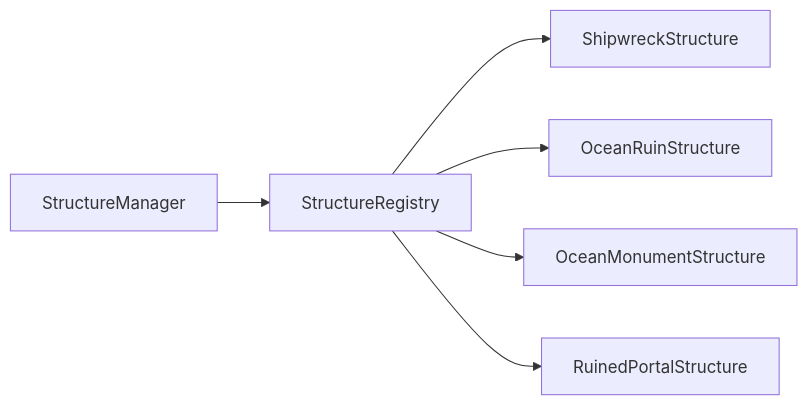
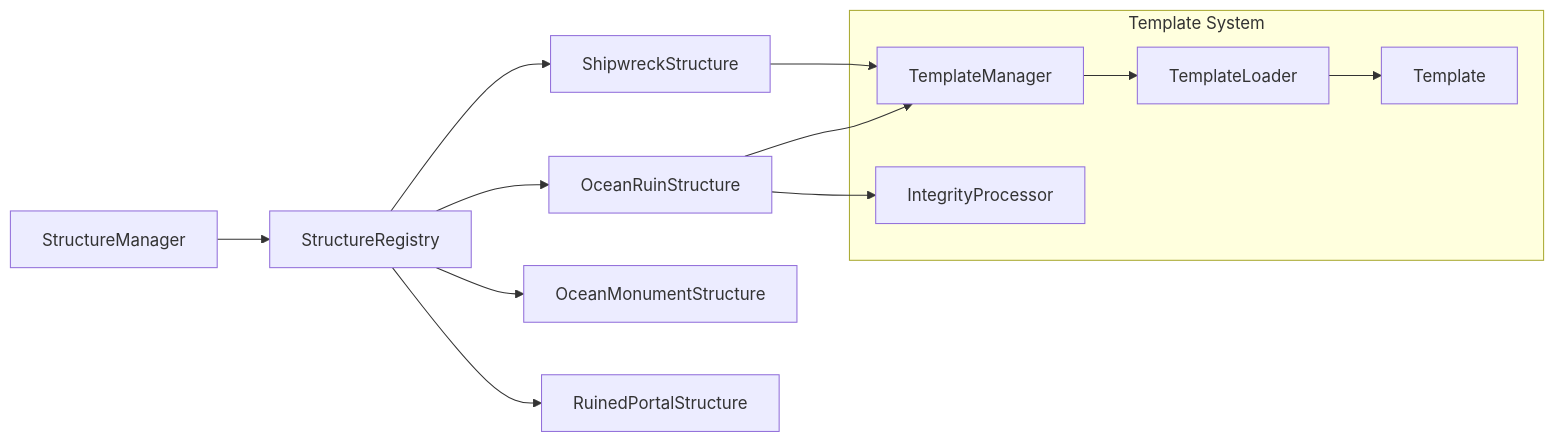
Before and after one commit to g122622/Cubium: the diagram in src/common/world/gen/structure/structures/README.md, drawn with Mermaid. The commit also changed other lines of this file and 18 other files, not shown here.

````diff
--- a/src/common/world/gen/structure/structures/README.md
+++ b/src/common/world/gen/structure/structures/README.md
@@ -92,15 +156,28 @@
 ```mermaid
 graph LR
+    subgraph Template System
+        TM[TemplateManager]
+        TL[TemplateLoader]
+        TP[Template]
+        IP[IntegrityProcessor]
+    end
+    
     SM[StructureManager]
     SR[StructureRegistry]
     SW[ShipwreckStructure]
     OR[OceanRuinStructure]
     OM[OceanMonumentStructure]
     RP[RuinedPortalStructure]
-
+    
     SM --> SR
     SR --> SW
     SR --> OR
     SR --> OM
     SR --> RP
+    
+    SW --> TM
+    OR --> TM
+    OR --> IP
+    TM --> TL
+    TL --> TP
 ```
````
